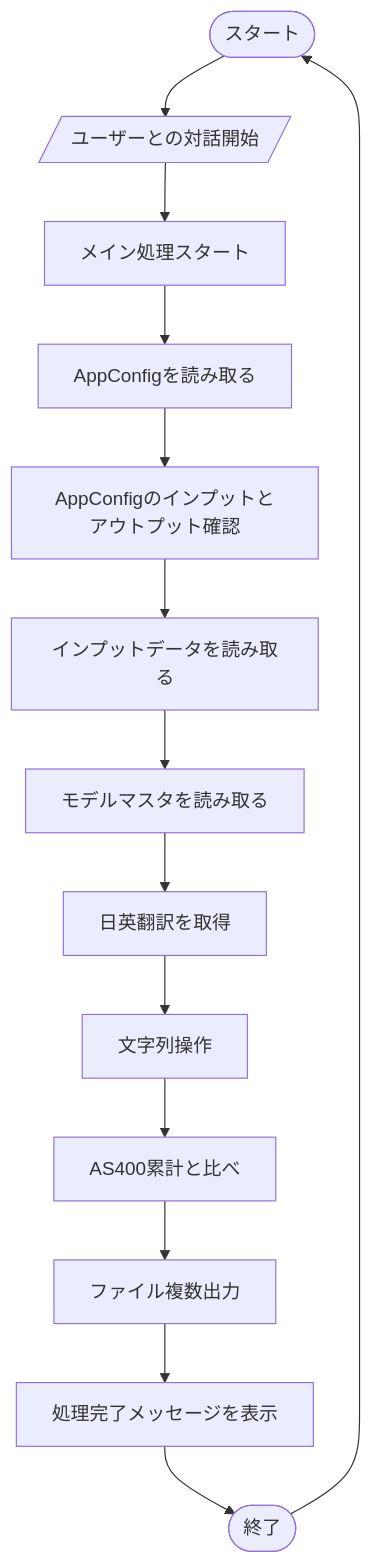
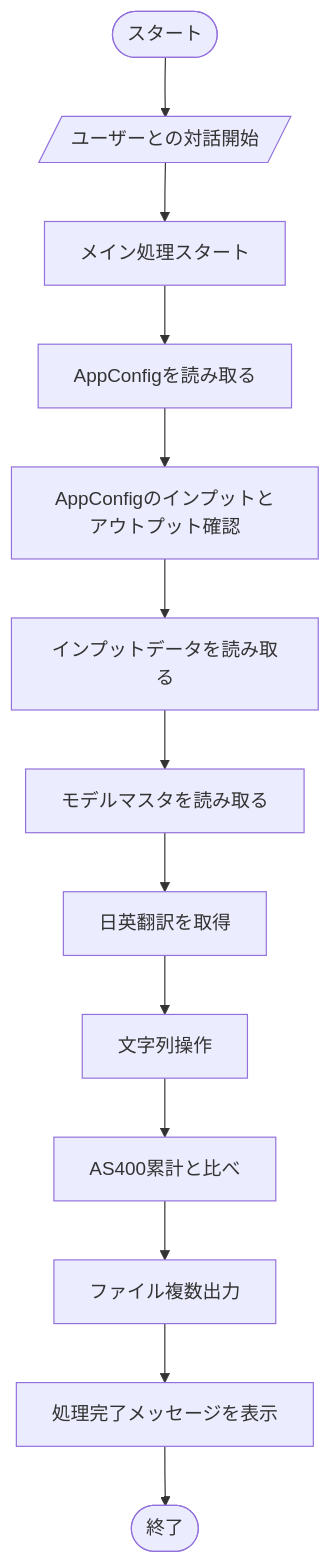
The diagram in flowcharts/conception.mmd (rhoenkelevra/pre_commit), drawn with Mermaid before and after one commit. The commit also changed 1 other file, not shown here.

```diff
--- a/flowcharts/conception.mmd
+++ b/flowcharts/conception.mmd
@@ -1,29 +1,28 @@
 flowchart TB
     start(["スタート"])
     UserInteraction[/"ユーザーとの対話開始"/]
     StartMainProcess["メイン処理スタート"]
     LoadAppConfig["AppConfigを読み取る"]
     CheckInputs/OutputsFromConfig["AppConfigのインプットとアウトプット確認"]
     LoadInputFiles["インプットデータを読み取る"]
     LoadMasterFile["モデルマスタを読み取る"]
     GetTranslations["日英翻訳を取得"]
     Check/ChangeStrings["文字列操作"]
     CompareWithPrevious["AS400累計と比べ"]
     OutputFiles["ファイル複数出力"]
     OutputFinalMessage["処理完了メッセージを表示"]
     End(["終了"])
 
     start
     --> UserInteraction
     --> StartMainProcess
     --> LoadAppConfig
     --> CheckInputs/OutputsFromConfig
     --> LoadInputFiles
     --> LoadMasterFile
     --> GetTranslations
     --> Check/ChangeStrings
     --> CompareWithPrevious
     --> OutputFiles
     --> OutputFinalMessage
     --> End
-    --> start
```
